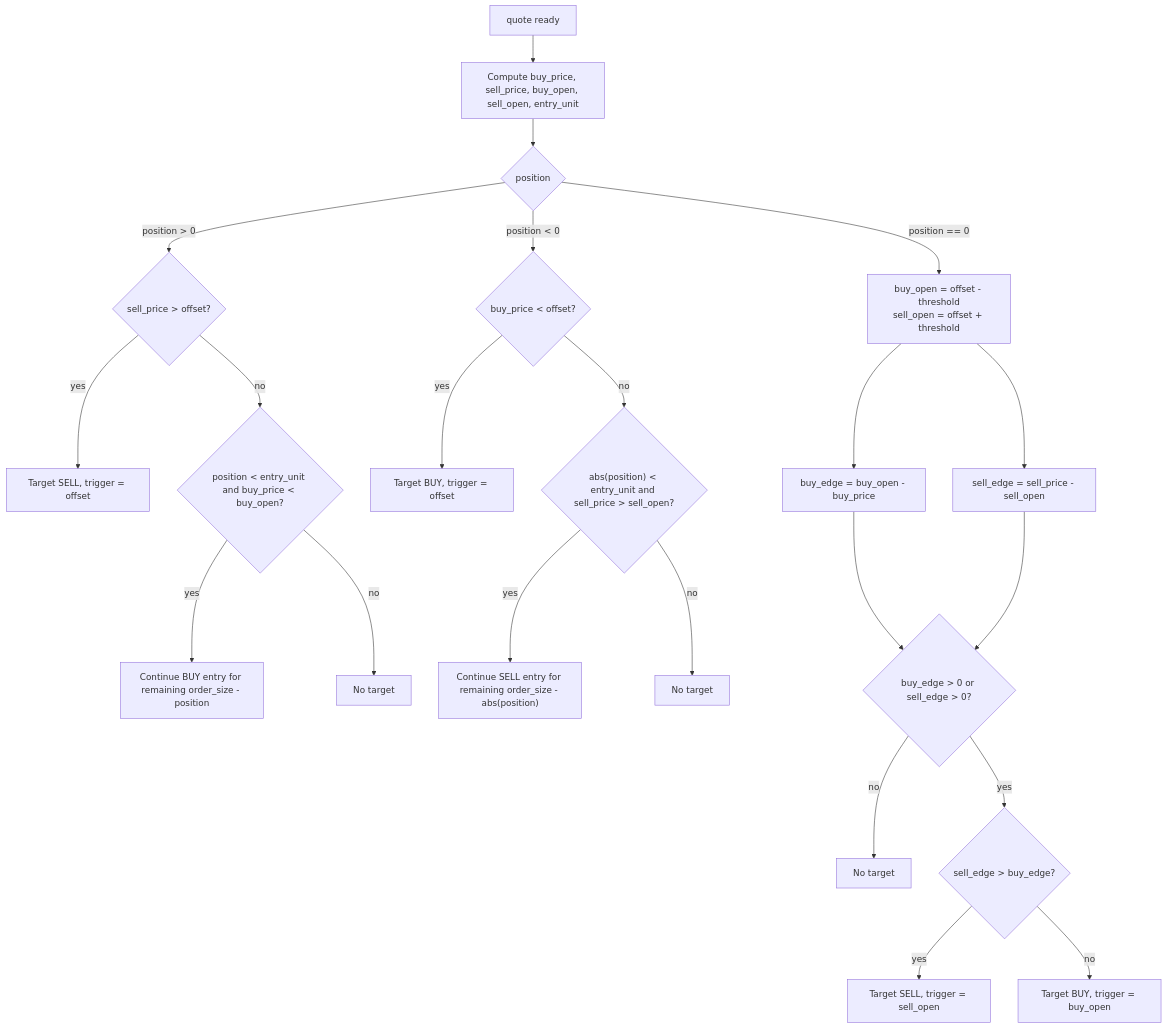
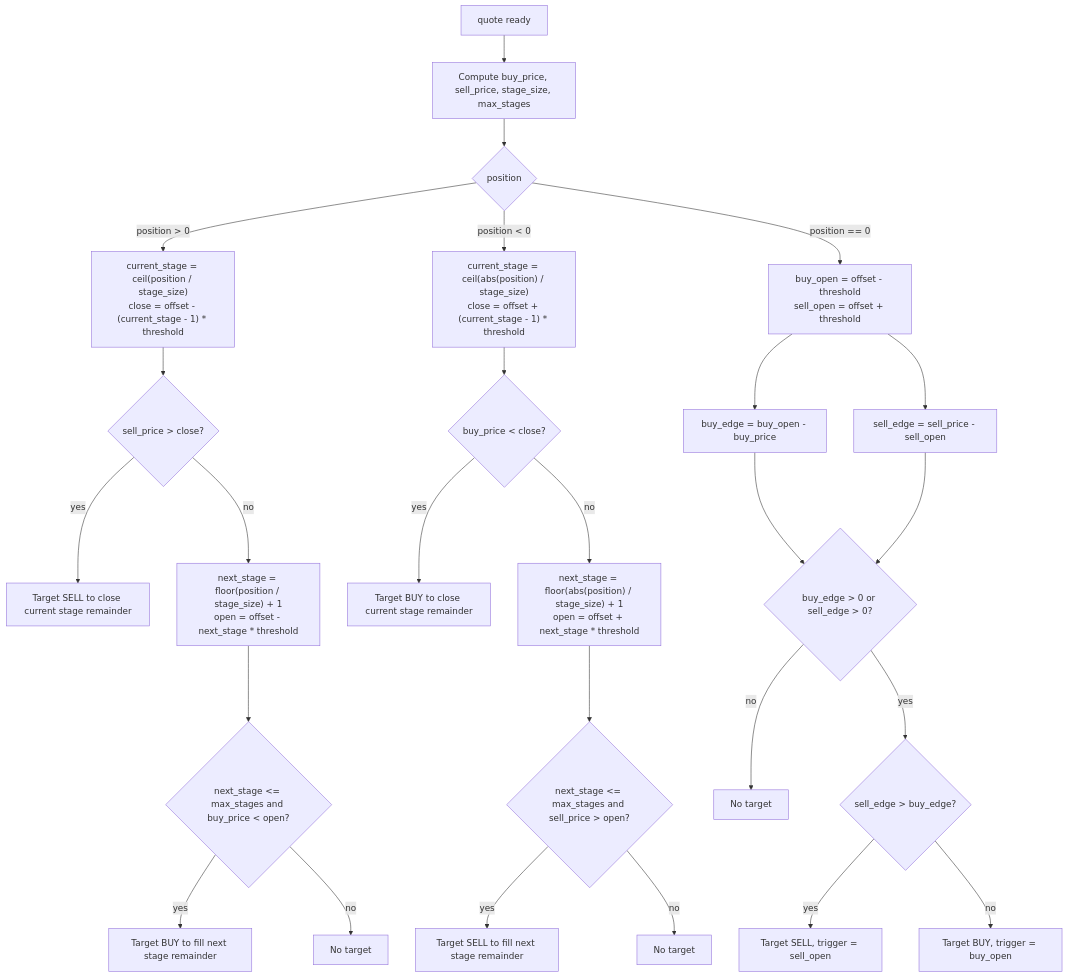
One commit to 00ken00/vibe_bot changed the second of 7 diagrams in src/vibe_bot/trades/flowchart.md. Above: the diagram before and after it, drawn with Mermaid. The commit also changed 2 other files, not shown here.

````diff
--- a/src/vibe_bot/trades/flowchart.md
+++ b/src/vibe_bot/trades/flowchart.md
@@ -40,27 +40,31 @@
 ```mermaid
 flowchart TD
-    START[quote ready] --> CALC["Compute buy_price, sell_price, buy_open, sell_open, entry_unit"]
+    START[quote ready] --> CALC["Compute buy_price, sell_price, stage_size, max_stages"]
     CALC --> POS{position}
 
-    POS -- position > 0 --> LC{"sell_price > offset?"}
-    LC -- yes --> CLOSE_LONG[Target SELL, trigger = offset]
-    LC -- no --> LPC{"position < entry_unit and buy_price < buy_open?"}
-    LPC -- yes --> COMPLETE_LONG["Continue BUY entry for remaining order_size - position"]
+    POS -- position > 0 --> LS["current_stage = ceil(position / stage_size)<br/>close = offset - (current_stage - 1) * threshold"]
+    LS --> LC{"sell_price > close?"}
+    LC -- yes --> CLOSE_LONG["Target SELL to close current stage remainder"]
+    LC -- no --> LN["next_stage = floor(position / stage_size) + 1<br/>open = offset - next_stage * threshold"]
+    LN --> LPC{"next_stage <= max_stages and buy_price < open?"}
+    LPC -- yes --> COMPLETE_LONG["Target BUY to fill next stage remainder"]
     LPC -- no --> NONE1[No target]
 
-    POS -- position < 0 --> SC{"buy_price < offset?"}
-    SC -- yes --> CLOSE_SHORT[Target BUY, trigger = offset]
-    SC -- no --> SPC{"abs(position) < entry_unit and sell_price > sell_open?"}
-    SPC -- yes --> COMPLETE_SHORT["Continue SELL entry for remaining order_size - abs(position)"]
+    POS -- position < 0 --> SS["current_stage = ceil(abs(position) / stage_size)<br/>close = offset + (current_stage - 1) * threshold"]
+    SS --> SC{"buy_price < close?"}
+    SC -- yes --> CLOSE_SHORT["Target BUY to close current stage remainder"]
+    SC -- no --> SN["next_stage = floor(abs(position) / stage_size) + 1<br/>open = offset + next_stage * threshold"]
+    SN --> SPC{"next_stage <= max_stages and sell_price > open?"}
+    SPC -- yes --> COMPLETE_SHORT["Target SELL to fill next stage remainder"]
     SPC -- no --> NONE2[No target]
 
     POS -- position == 0 --> ENTRY["buy_open = offset - threshold<br/>sell_open = offset + threshold"]
     ENTRY --> BE[buy_edge = buy_open - buy_price]
     ENTRY --> SE[sell_edge = sell_price - sell_open]
     BE --> EDGE{"buy_edge > 0 or sell_edge > 0?"}
     SE --> EDGE
     EDGE -- no --> NONE3[No target]
     EDGE -- yes --> COMP{"sell_edge > buy_edge?"}
     COMP -- yes --> OPEN_SHORT[Target SELL, trigger = sell_open]
     COMP -- no --> OPEN_LONG[Target BUY, trigger = buy_open]
 ```
````
